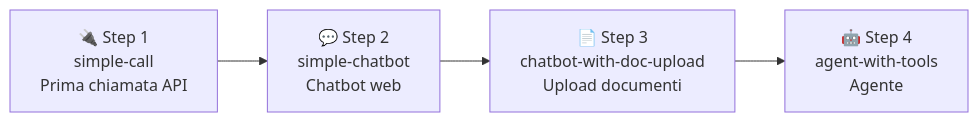
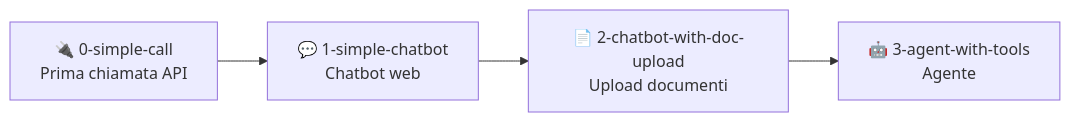
One commit to markpast92/generative-engine-lesson changed the first of 5 diagrams in README.md. Above: the diagram before and after it, drawn with Mermaid. The commit also changed other lines of this file, not shown here.

````diff
--- a/README.md
+++ b/README.md
@@ -101,6 +101,6 @@
 ```mermaid
 flowchart LR
-    A["🔌 Step 1\nsimple-call\nPrima chiamata API"] --> B["💬 Step 2\nsimple-chatbot\nChatbot web"]
-    B --> C["📄 Step 3\nchatbot-with-doc-upload\nUpload documenti"]
-    C --> D["🤖 Step 4\nagent-with-tools\nAgente"]
+    A["🔌 0-simple-call\nPrima chiamata API"] --> B["💬 1-simple-chatbot\nChatbot web"]
+    B --> C["📄 2-chatbot-with-doc-upload\nUpload documenti"]
+    C --> D["🤖 3-agent-with-tools\nAgente"]
 ```
````
